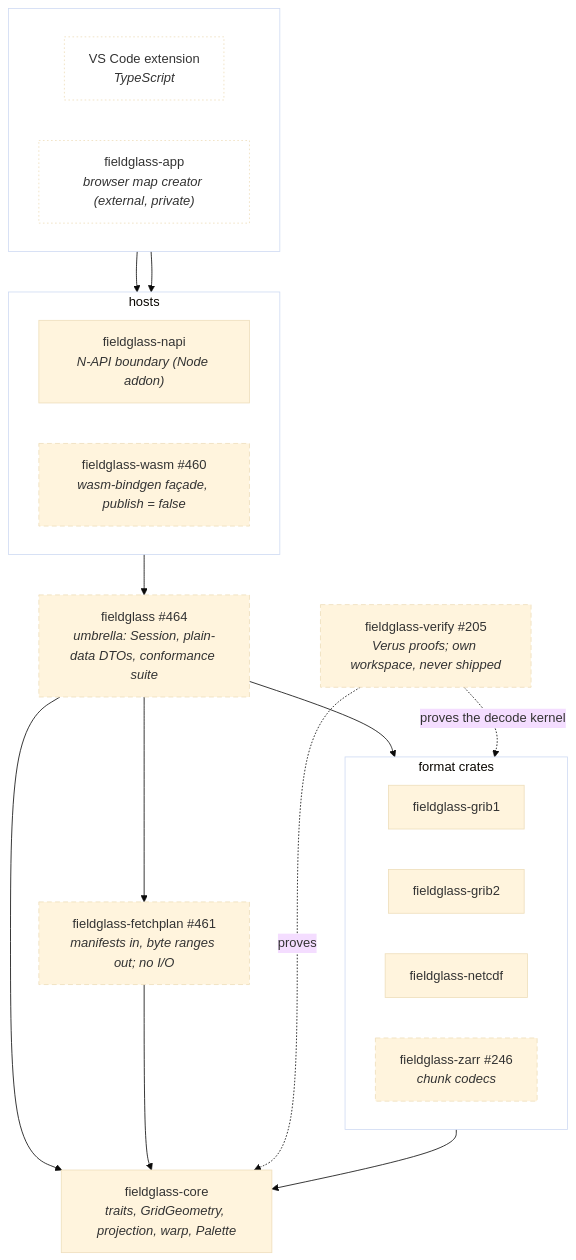
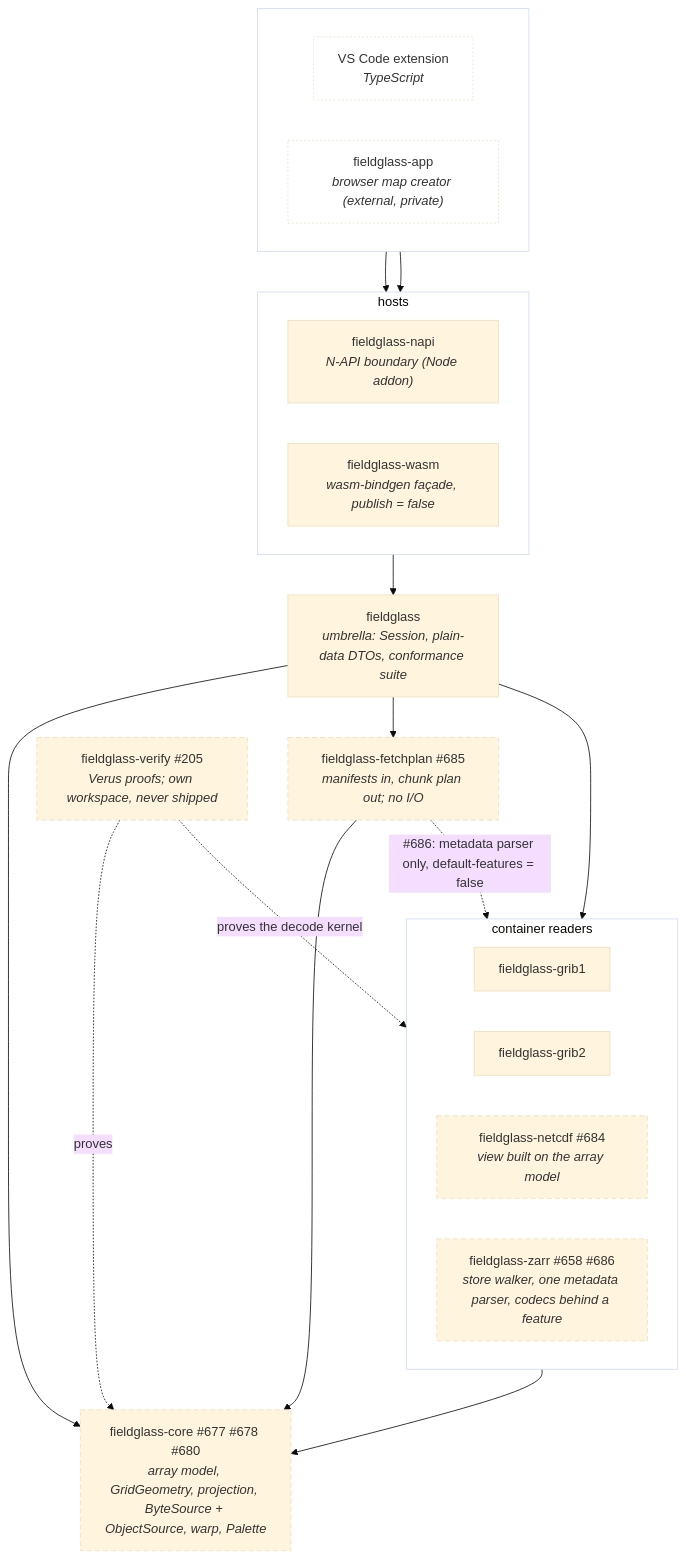
One commit to D0ubleD0uble/fieldglass changed the diagram in docs/architecture/planned/01-crates.md. Above: the diagram before and after it, drawn with Mermaid (base theme). The commit also changed other lines of this file and 18 other files, not shown here.

First line of the commit message:
docs(architecture): the workspace is described as layers, under ADR-0010

````diff
--- a/docs/architecture/planned/01-crates.md
+++ b/docs/architecture/planned/01-crates.md
@@ -11,42 +16,43 @@
 ```mermaid
 flowchart TB
     subgraph consumers[" "]
         direction LR
         ext["VS Code extension<br/><i>TypeScript</i>"]
         app["fieldglass-app<br/><i>browser map creator (external, private)</i>"]
     end
     subgraph hosts["hosts"]
         direction LR
         napi["fieldglass-napi<br/><i>N-API boundary (Node addon)</i>"]
-        wasm["fieldglass-wasm #460<br/><i>wasm-bindgen façade, publish = false</i>"]
+        wasm["fieldglass-wasm<br/><i>wasm-bindgen façade, publish = false</i>"]
     end
-    subgraph formats["format crates"]
+    api["fieldglass<br/><i>umbrella: Session, plain-data DTOs, conformance suite</i>"]
+    subgraph containers["container readers"]
         direction LR
         grib1["fieldglass-grib1"]
         grib2["fieldglass-grib2"]
-        netcdf["fieldglass-netcdf"]
-        zarr["fieldglass-zarr #246<br/><i>chunk codecs</i>"]
+        netcdf["fieldglass-netcdf #684<br/><i>view built on the array model</i>"]
+        zarr["fieldglass-zarr #658 #686<br/><i>store walker, one metadata parser, codecs behind a feature</i>"]
     end
-    api["fieldglass #464<br/><i>umbrella: Session, plain-data DTOs, conformance suite</i>"]
-    fetchplan["fieldglass-fetchplan #461<br/><i>manifests in, byte ranges out; no I/O</i>"]
-    core["fieldglass-core<br/><i>traits, GridGeometry, projection, warp, Palette</i>"]
+    fetchplan["fieldglass-fetchplan #685<br/><i>manifests in, chunk plan out; no I/O</i>"]
+    core["fieldglass-core #677 #678 #680<br/><i>array model, GridGeometry, projection, ByteSource + ObjectSource, warp, Palette</i>"]
     verify["fieldglass-verify #205<br/><i>Verus proofs; own workspace, never shipped</i>"]
 
     ext --> napi
     app --> wasm
     hosts --> api
-    api --> formats
+    api --> containers
     api --> core
     api --> fetchplan
     fetchplan --> core
-    formats --> core
-    verify -. proves the decode kernel .-> formats
+    fetchplan -. "#686: metadata parser only, default-features = false" .-> zarr
+    containers --> core
+    verify -. proves the decode kernel .-> containers
     verify -. proves .-> core
 
     classDef planned stroke-dasharray: 6 4
     classDef external fill:none,stroke-dasharray: 2 3
     classDef group fill:none
-    class wasm,api,fetchplan,zarr,verify planned
+    class netcdf,zarr,fetchplan,core,verify planned
     class app,ext external
-    class consumers,hosts,formats group
+    class consumers,hosts,containers group
 ```
````
